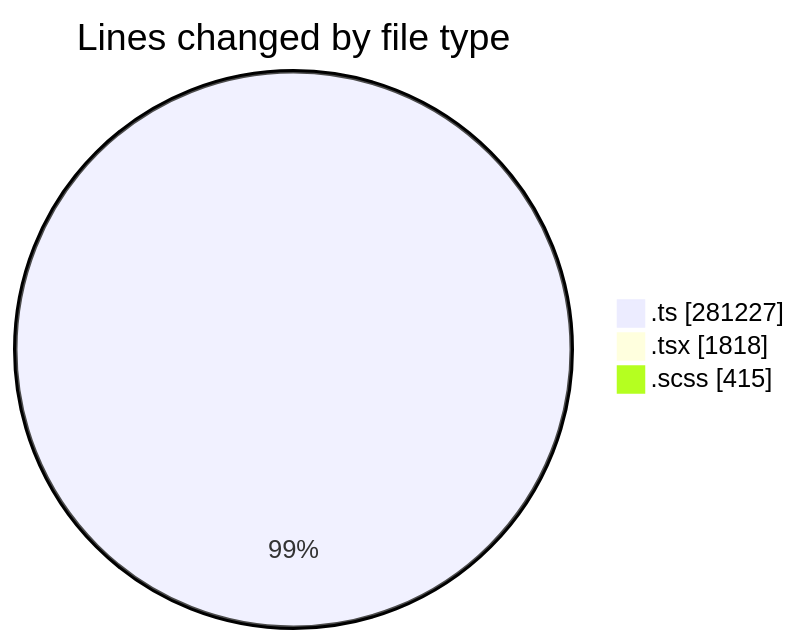
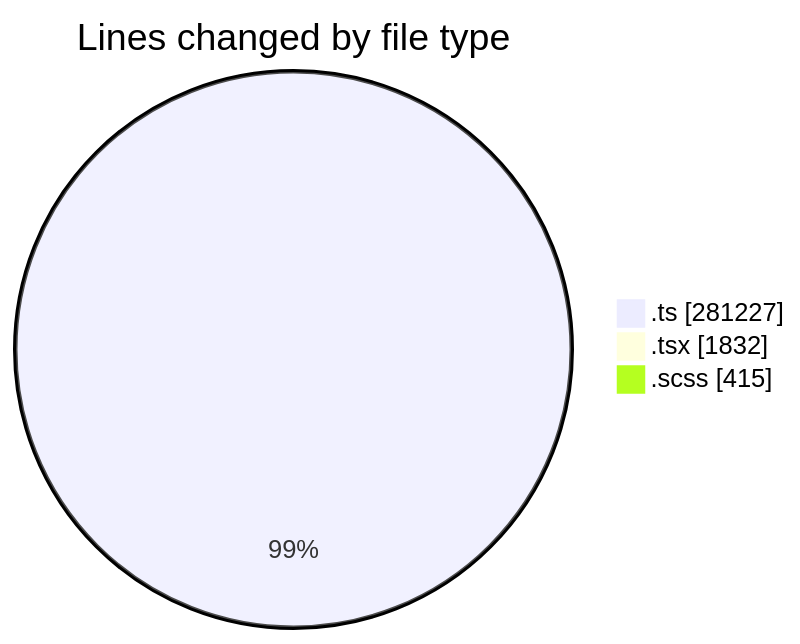
Before and after one commit to momahboobian/code-tracking: the first of 2 diagrams in 2025-08-22/cda/README.md, drawn with Mermaid. The commit also changed other lines of this file and 1 other file, not shown here.

````diff
--- a/2025-08-22/cda/README.md
+++ b/2025-08-22/cda/README.md
@@ -41,7 +41,7 @@
 ```mermaid
 pie showData
 title Lines changed by file type
 ".ts" : 281227
-".tsx" : 1818
+".tsx" : 1832
 ".scss" : 415
 ```
````
